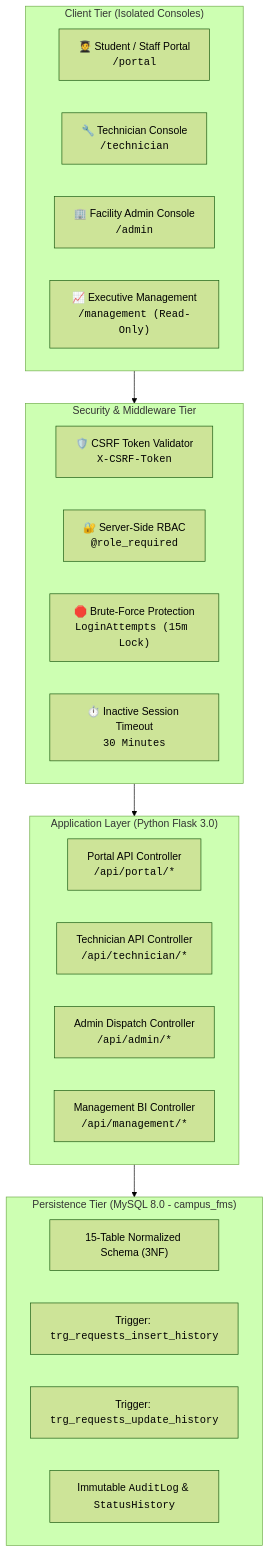
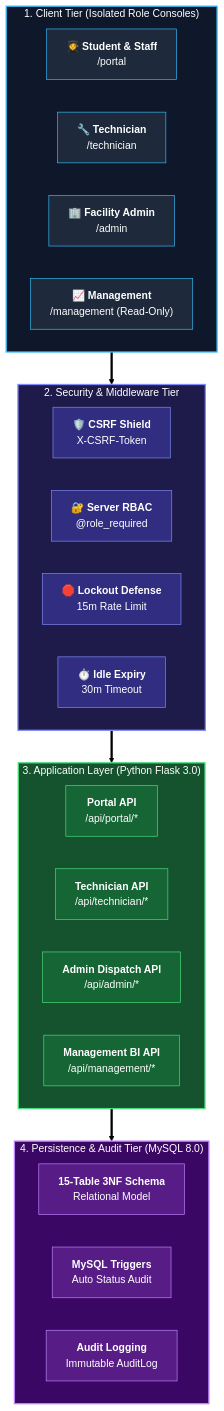
The first of 2 diagrams in README.md (2007-RPS/Campus-Facility-Maintenance), drawn with Mermaid (forest theme) before and after one commit. The commit also changed other lines of this file, not shown here.

Commit message:
docs: optimize Mermaid diagram contrast for GitHub dark mode and add ASCII state progression

````diff
--- a/README.md
+++ b/README.md
@@ -56,34 +56,61 @@
 ```mermaid
 flowchart TD
-    subgraph ClientConsoles ["Client Tier (Isolated Consoles)"]
-        A["🧑‍🎓 Student / Staff Portal<br><code>/portal</code>"]
-        B["🔧 Technician Console<br><code>/technician</code>"]
-        C["🏢 Facility Admin Console<br><code>/admin</code>"]
-        D["📈 Executive Management<br><code>/management (Read-Only)</code>"]
+    subgraph ClientConsoles ["1. Client Tier (Isolated Role Consoles)"]
+        direction LR
+        A["🧑‍🎓 <b>Student & Staff</b><br/>/portal"]
+        B["🔧 <b>Technician</b><br/>/technician"]
+        C["🏢 <b>Facility Admin</b><br/>/admin"]
+        D["📈 <b>Management</b><br/>/management (Read-Only)"]
     end
 
-    subgraph SecurityLayer ["Security & Middleware Tier"]
-        SEC1["🛡️ CSRF Token Validator<br><code>X-CSRF-Token</code>"]
-        SEC2["🔐 Server-Side RBAC<br><code>@role_required</code>"]
-        SEC3["🛑 Brute-Force Protection<br><code>LoginAttempts (15m Lock)</code>"]
-        SEC4["⏱️ Inactive Session Timeout<br><code>30 Minutes</code>"]
+    subgraph SecurityLayer ["2. Security & Middleware Tier"]
+        direction LR
+        SEC1["🛡️ <b>CSRF Shield</b><br/>X-CSRF-Token"]
+        SEC2["🔐 <b>Server RBAC</b><br/>@role_required"]
+        SEC3["🛑 <b>Lockout Defense</b><br/>15m Rate Limit"]
+        SEC4["⏱️ <b>Idle Expiry</b><br/>30m Timeout"]
     end
 
-    subgraph BackendAPI ["Application Layer (Python Flask 3.0)"]
-        API1["Portal API Controller<br><code>/api/portal/*</code>"]
-        API2["Technician API Controller<br><code>/api/technician/*</code>"]
-        API3["Admin Dispatch Controller<br><code>/api/admin/*</code>"]
-        API4["Management BI Controller<br><code>/api/management/*</code>"]
+    subgraph BackendAPI ["3. Application Layer (Python Flask 3.0)"]
+        direction LR
+        API1["<b>Portal API</b><br/>/api/portal/*"]
+        API2["<b>Technician API</b><br/>/api/technician/*"]
+        API3["<b>Admin Dispatch API</b><br/>/api/admin/*"]
+        API4["<b>Management BI API</b><br/>/api/management/*"]
     end
 
-    subgraph DatabaseTier ["Persistence Tier (MySQL 8.0 - campus_fms)"]
-        DB["15-Table Normalized Schema (3NF)"]
-        TRG1["Trigger: <code>trg_requests_insert_history</code>"]
-        TRG2["Trigger: <code>trg_requests_update_history</code>"]
-        AUD["Immutable <code>AuditLog</code> & <code>StatusHistory</code>"]
+    subgraph DatabaseTier ["4. Persistence & Audit Tier (MySQL 8.0)"]
+        direction LR
+        DB["<b>15-Table 3NF Schema</b><br/>Relational Model"]
+        TRG["<b>MySQL Triggers</b><br/>Auto Status Audit"]
+        AUD["<b>Audit Logging</b><br/>Immutable AuditLog"]
     end
 
-    ClientConsoles --> SecurityLayer
-    SecurityLayer --> BackendAPI
-    BackendAPI --> DatabaseTier
+    ClientConsoles ==> SecurityLayer
+    SecurityLayer ==> BackendAPI
+    BackendAPI ==> DatabaseTier
+
+    style ClientConsoles fill:#0f172a,stroke:#38bdf8,stroke-width:2px,color:#ffffff
+    style SecurityLayer fill:#1e1b4b,stroke:#818cf8,stroke-width:2px,color:#ffffff
+    style BackendAPI fill:#14532d,stroke:#4ade80,stroke-width:2px,color:#ffffff
+    style DatabaseTier fill:#3b0764,stroke:#c084fc,stroke-width:2px,color:#ffffff
+
+    style A fill:#1e293b,stroke:#38bdf8,color:#ffffff
+    style B fill:#1e293b,stroke:#38bdf8,color:#ffffff
+    style C fill:#1e293b,stroke:#38bdf8,color:#ffffff
+    style D fill:#1e293b,stroke:#38bdf8,color:#ffffff
+
+    style SEC1 fill:#312e81,stroke:#818cf8,color:#ffffff
+    style SEC2 fill:#312e81,stroke:#818cf8,color:#ffffff
+    style SEC3 fill:#312e81,stroke:#818cf8,color:#ffffff
+    style SEC4 fill:#312e81,stroke:#818cf8,color:#ffffff
+
+    style API1 fill:#166534,stroke:#4ade80,color:#ffffff
+    style API2 fill:#166534,stroke:#4ade80,color:#ffffff
+    style API3 fill:#166534,stroke:#4ade80,color:#ffffff
+    style API4 fill:#166534,stroke:#4ade80,color:#ffffff
+
+    style DB fill:#581c87,stroke:#c084fc,color:#ffffff
+    style TRG fill:#581c87,stroke:#c084fc,color:#ffffff
+    style AUD fill:#581c87,stroke:#c084fc,color:#ffffff
 ```
````
